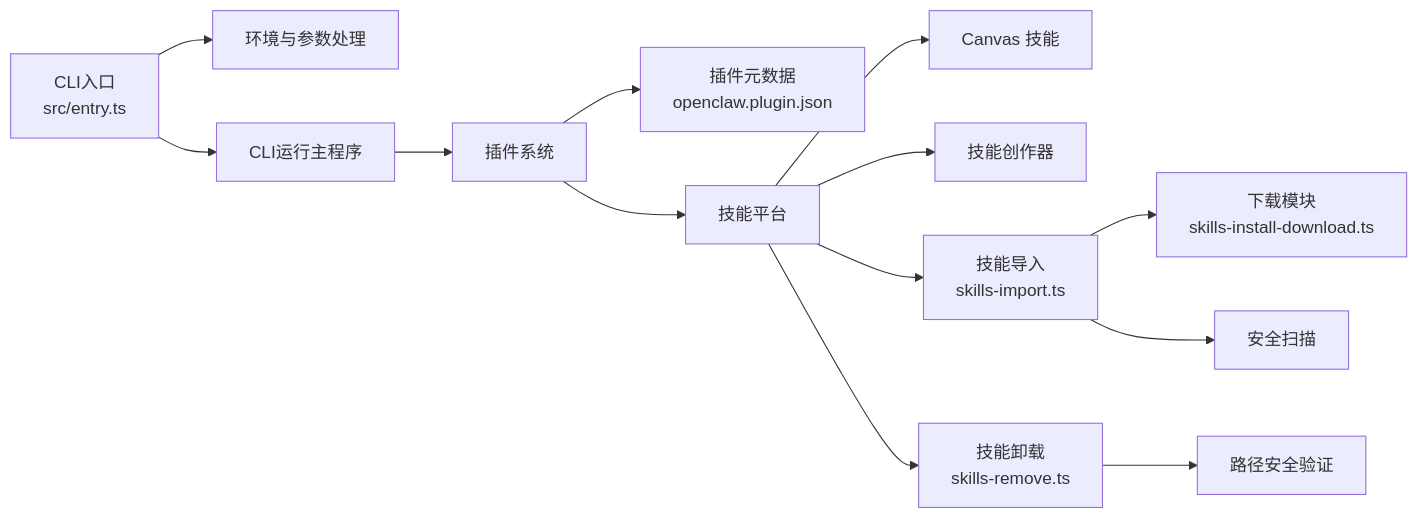
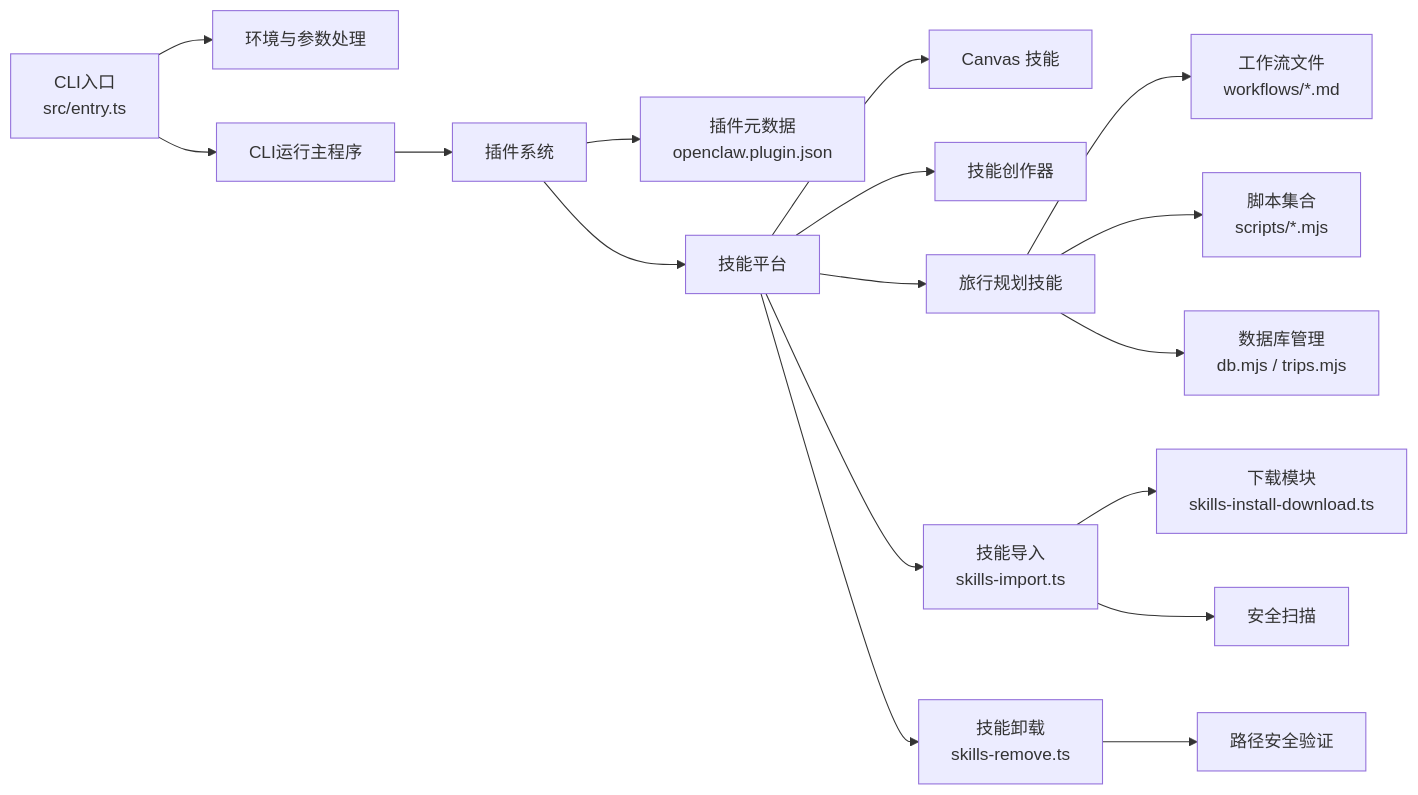
The tenth of 10 diagrams in .qoder/repowiki/zh/content/Web界面/技能平台/技能平台.md (verse-ai-org/openclaw), drawn with Mermaid before and after one commit. The commit also changed other lines of this file and 59 other files, not shown here.

Commit message:
feat(travel-planner): 重构流程

````diff
--- a/.qoder/repowiki/zh/content/Web界面/技能平台/技能平台.md
+++ b/.qoder/repowiki/zh/content/Web界面/技能平台/技能平台.md
@@ -390,15 +556,19 @@
 ```mermaid
 graph LR
 Entry["CLI入口<br/>src/entry.ts"] --> Env["环境与参数处理"]
 Entry --> Run["CLI运行主程序"]
 Run --> Plugins["插件系统"]
 Plugins --> Meta["插件元数据<br/>openclaw.plugin.json"]
 Plugins --> Skills["技能平台"]
 Skills --> Canvas["Canvas 技能"]
 Skills --> Creator["技能创作器"]
+Skills --> TravelPlanner["旅行规划技能"]
+TravelPlanner --> Workflows["工作流文件<br/>workflows/*.md"]
+TravelPlanner --> Scripts["脚本集合<br/>scripts/*.mjs"]
+TravelPlanner --> DB["数据库管理<br/>db.mjs / trips.mjs"]
 Skills --> Import["技能导入<br/>skills-import.ts"]
 Skills --> Remove["技能卸载<br/>skills-remove.ts"]
 Import --> Download["下载模块<br/>skills-install-download.ts"]
 Import --> Security["安全扫描"]
 Remove --> PathSafety["路径安全验证"]
 ```
````
